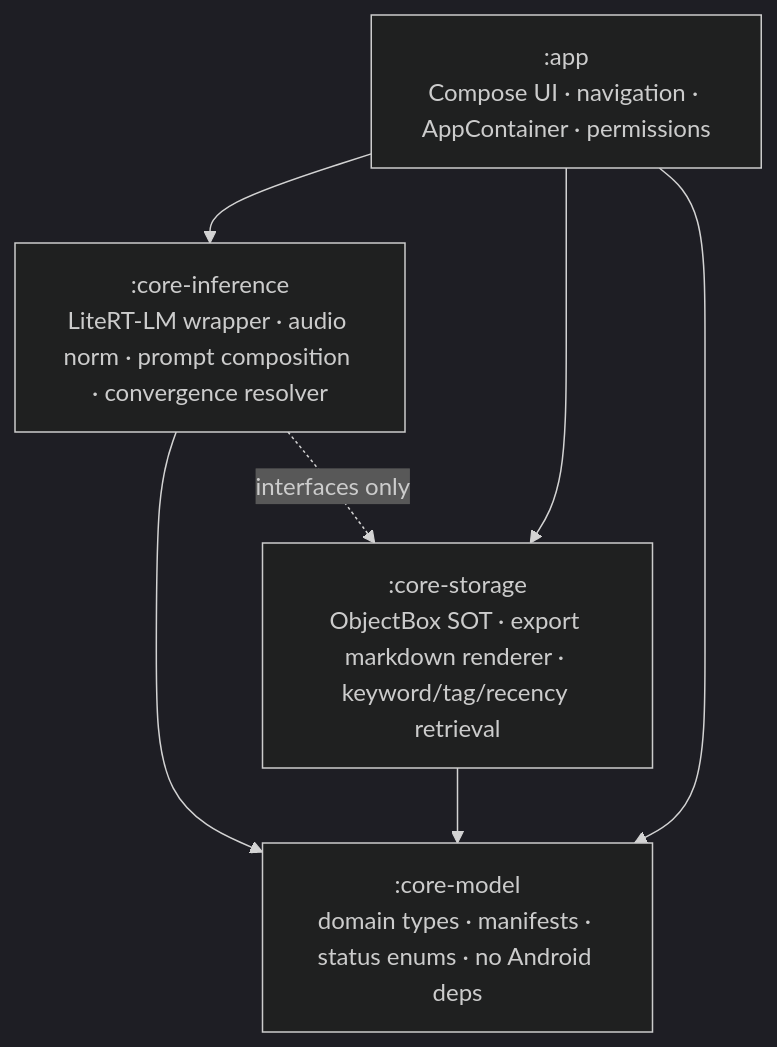
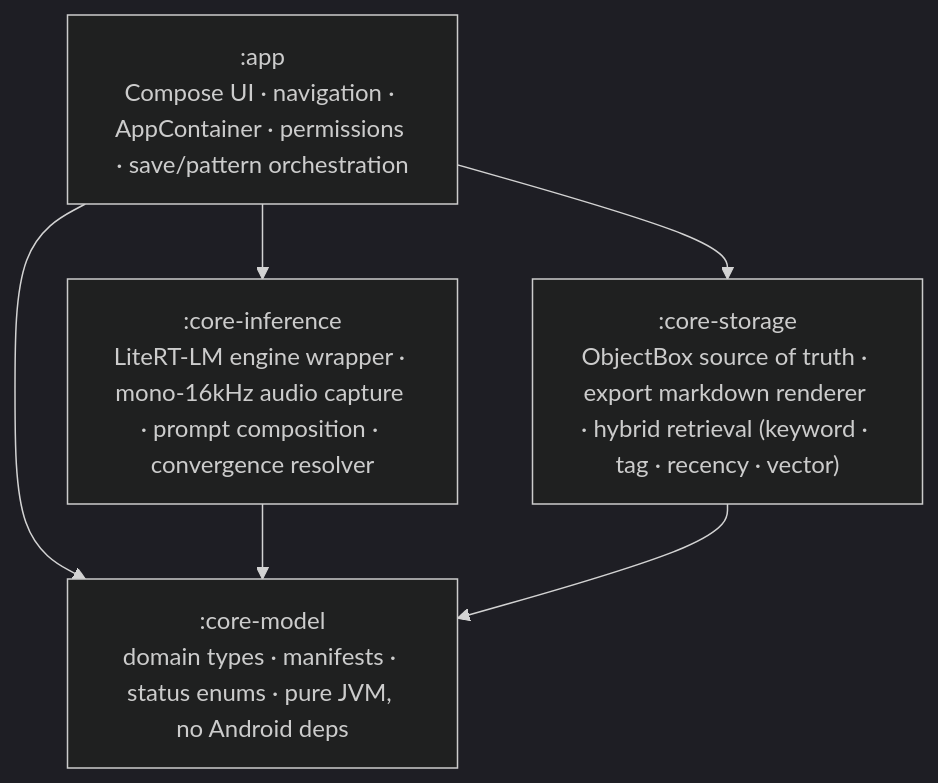
The first of 4 diagrams in docs/diagrams/architecture.md (anchildress1/vestige), drawn with Mermaid (dark theme) before and after one commit. The commit also changed other lines of this file and 19 other files, not shown here.

First line of the commit message:
docs: align diagram atlas, stories, README & spec docs to implementation (#62)

````diff
--- a/docs/diagrams/architecture.md
+++ b/docs/diagrams/architecture.md
@@ -12,17 +16,16 @@
 ```mermaid
 flowchart TD
     accTitle: Vestige Gradle module dependency graph
-    accDescr: app depends on core-inference, core-storage, and core-model. core-inference depends on core-model and core-storage interfaces. core-storage depends on core-model. core-model depends on nothing.
+    accDescr: app depends on core-inference, core-storage, and core-model. core-inference depends only on core-model. core-storage depends only on core-model. core-model depends on nothing. core-inference and core-storage do not depend on each other.
 
-    App[":app<br/>Compose UI · navigation · AppContainer · permissions"]
-    Inf[":core-inference<br/>LiteRT-LM wrapper · audio norm · prompt composition · convergence resolver"]
-    Sto[":core-storage<br/>ObjectBox SOT · export markdown renderer · keyword/tag/recency retrieval"]
-    Mod[":core-model<br/>domain types · manifests · status enums · no Android deps"]
+    App[":app<br/>Compose UI · navigation · AppContainer · permissions · save/pattern orchestration"]
+    Inf[":core-inference<br/>LiteRT-LM engine wrapper · mono-16kHz audio capture · prompt composition · convergence resolver"]
+    Sto[":core-storage<br/>ObjectBox source of truth · export markdown renderer · hybrid retrieval (keyword · tag · recency · vector)"]
+    Mod[":core-model<br/>domain types · manifests · status enums · pure JVM, no Android deps"]
 
     App --> Inf
     App --> Sto
     App --> Mod
     Inf --> Mod
-    Inf -. interfaces only .-> Sto
     Sto --> Mod
 ```
````
